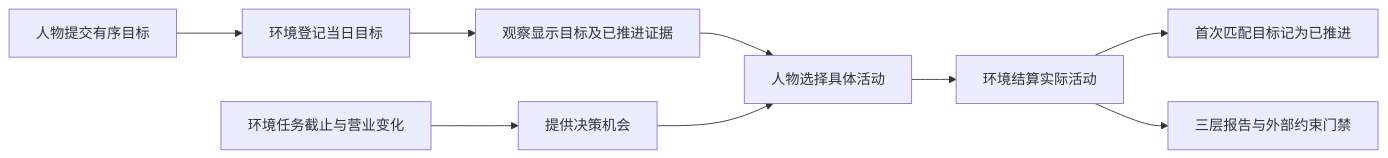
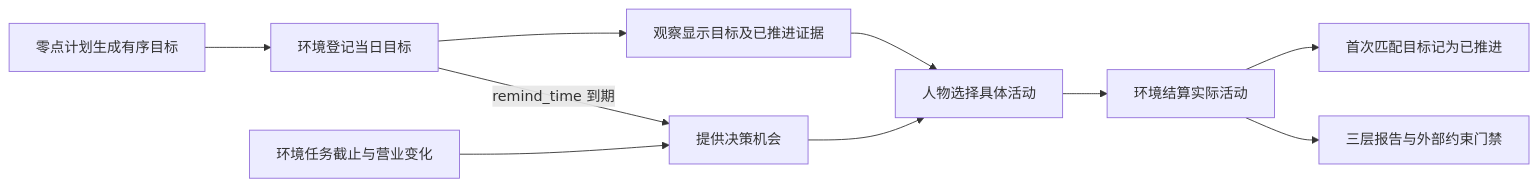
The diagram in docs/dev/SPEC-day-plan-goals.md (HoldThatThgt/WorldMock), drawn with Mermaid before and after one commit. The commit also changed other lines of this file and 28 other files, not shown here.

````diff
--- a/docs/dev/SPEC-day-plan-goals.md
+++ b/docs/dev/SPEC-day-plan-goals.md
@@ -13,11 +14,12 @@
 ```mermaid
 flowchart LR
-    P[人物提交有序目标] --> R[环境登记当日目标]
+    P[零点计划生成有序目标] --> R[环境登记当日目标]
     R --> O[观察显示目标及已推进证据]
     O --> A[人物选择具体活动]
     A --> S[环境结算实际活动]
     S --> G[首次匹配目标记为已推进]
     E[环境任务截止与营业变化] --> W[提供决策机会]
+    R -->|remind_time 到期| W
     W --> A
     S --> Q[三层报告与外部约束门禁]
 ```
````
